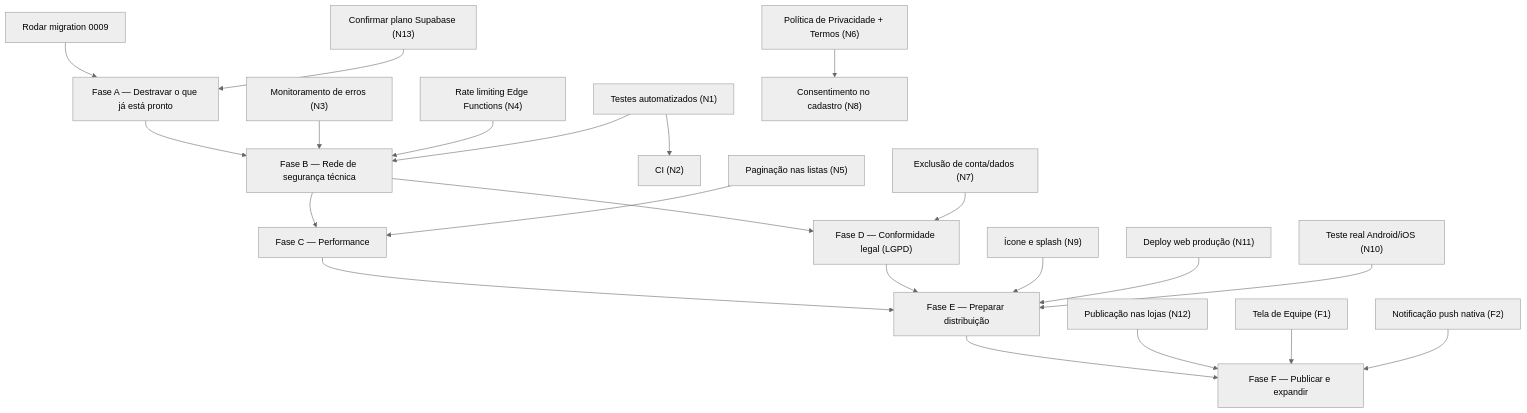
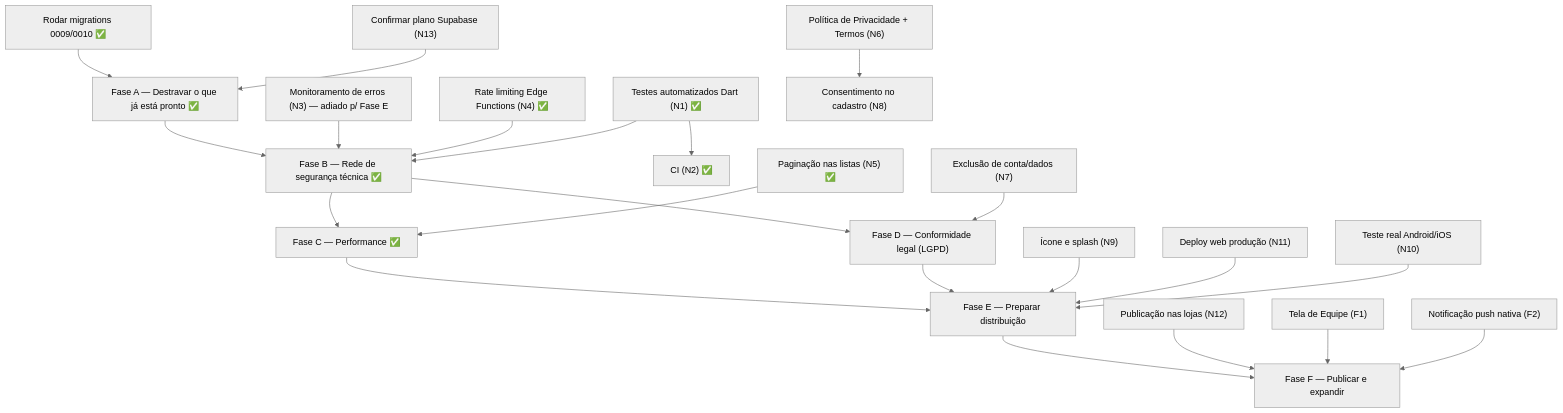
One commit to AlanyLourenco/spokfin changed the diagram in specs/requisitos-e-cronograma.md. Above: the diagram before and after it, drawn with Mermaid (neutral theme). The commit also changed other lines of this file and 5 other files, not shown here.

````diff
--- a/specs/requisitos-e-cronograma.md
+++ b/specs/requisitos-e-cronograma.md
@@ -82,30 +83,30 @@
 ```mermaid
 flowchart TD
-    A["Fase A — Destravar o que já está pronto"] --> B["Fase B — Rede de segurança técnica"]
-    B --> C["Fase C — Performance"]
+    A["Fase A — Destravar o que já está pronto ✅"] --> B["Fase B — Rede de segurança técnica ✅"]
+    B --> C["Fase C — Performance ✅"]
     B --> D["Fase D — Conformidade legal (LGPD)"]
     C --> E["Fase E — Preparar distribuição"]
     D --> E
     E --> F["Fase F — Publicar e expandir"]
 
-    A1["Rodar migration 0009"] --> A
+    A1["Rodar migrations 0009/0010 ✅"] --> A
     A2["Confirmar plano Supabase (N13)"] --> A
 
-    B1["Testes automatizados (N1)"] --> B2["CI (N2)"]
-    B3["Monitoramento de erros (N3)"] --> B
-    B4["Rate limiting Edge Functions (N4)"] --> B
+    B1["Testes automatizados Dart (N1) ✅"] --> B2["CI (N2) ✅"]
+    B3["Monitoramento de erros (N3) — adiado p/ Fase E"] --> B
+    B4["Rate limiting Edge Functions (N4) ✅"] --> B
     B1 --> B
 
-    C1["Paginação nas listas (N5)"] --> C
+    C1["Paginação nas listas (N5) ✅"] --> C
 
     D1["Política de Privacidade + Termos (N6)"] --> D2["Consentimento no cadastro (N8)"]
     D3["Exclusão de conta/dados (N7)"] --> D
 
     E1["Ícone e splash (N9)"] --> E
     E2["Deploy web produção (N11)"] --> E
     E3["Teste real Android/iOS (N10)"] --> E
 
     F1["Publicação nas lojas (N12)"] --> F
     F2["Tela de Equipe (F1)"] --> F
     F3["Notificação push nativa (F2)"] --> F
 ```
````
